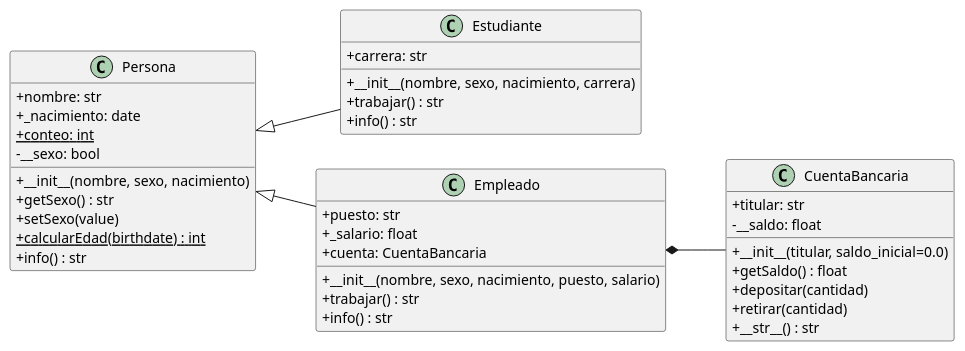
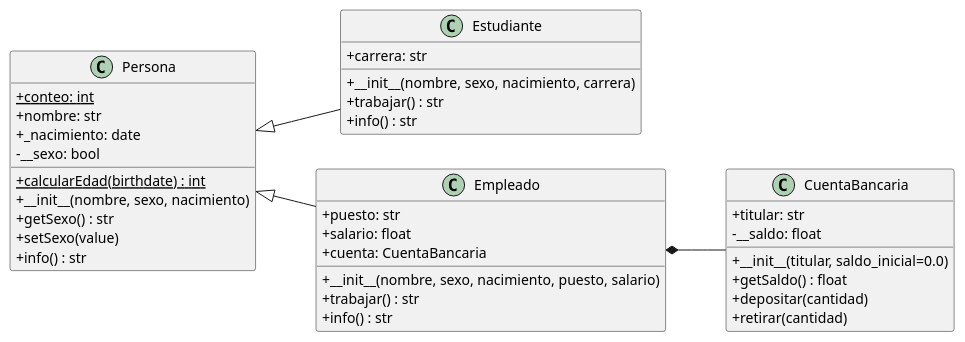
The diagram in src/u2/DiagramaClase.puml (ISC-UPA/2026-3-OOP), drawn with PlantUML before and after one commit. The commit also changed 2 other files, not shown here.

```diff
--- a/src/u2/DiagramaClase.puml
+++ b/src/u2/DiagramaClase.puml
@@ -1,50 +1,50 @@
 @startuml EsUn_TieneUn
 skinparam classAttributeIconSize 0
 left to right direction
 
 class Persona {
+  + {static} conteo: int
   + nombre: str
   + _nacimiento: date
-  + {static} conteo: int
   - __sexo: bool
 
+  + {static} calcularEdad(birthdate) : int
   + __init__(nombre, sexo, nacimiento)
   + getSexo() : str
   + setSexo(value)
-  + {static} calcularEdad(birthdate) : int
   + info() : str
 }
 
 class Estudiante {
   + carrera: str
 
   + __init__(nombre, sexo, nacimiento, carrera)
   + trabajar() : str
   + info() : str
 }
 
 class Empleado {
   + puesto: str
-  + _salario: float
+  + salario: float
   + cuenta: CuentaBancaria
 
   + __init__(nombre, sexo, nacimiento, puesto, salario)
   + trabajar() : str
   + info() : str
 }
 
 class CuentaBancaria {
   + titular: str
   - __saldo: float
 
   + __init__(titular, saldo_inicial=0.0)
   + getSaldo() : float
   + depositar(cantidad)
   + retirar(cantidad)
-  + __str__() : str
+
 }
 
 Persona <|-- Estudiante
 Persona <|-- Empleado
 Empleado *-- CuentaBancaria
 @enduml
```
